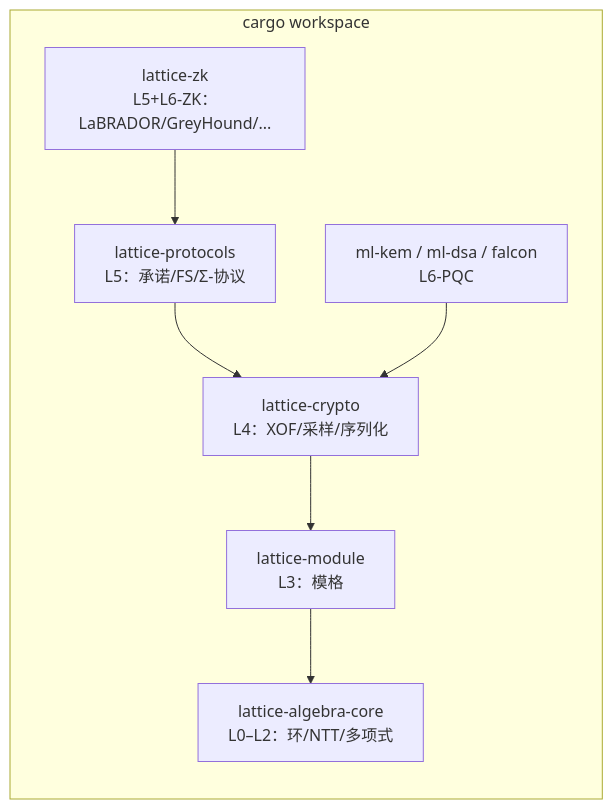
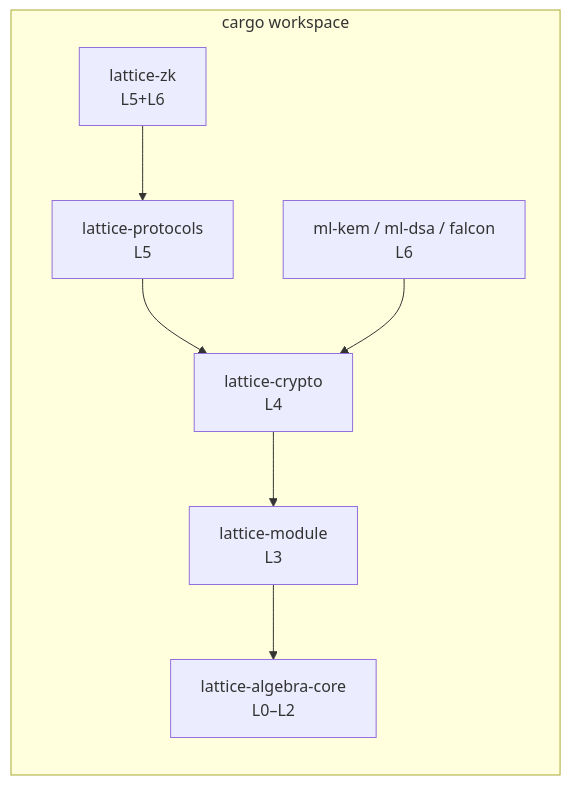
Before and after one commit to SuccinctPaul/lattice-algebra-rs: the fourth of 4 diagrams in docs/src/pages/design/architecture.mdx, drawn with Mermaid. The commit also changed other lines of this file and 54 other files, not shown here.

First line of the commit message:
feat: L0-L4 core refactor, ML-DSA, Z1-Z4 protocols, English docs

````diff
--- a/docs/src/pages/design/architecture.mdx
+++ b/docs/src/pages/design/architecture.mdx
@@ -127,16 +114,16 @@
 ```mermaid
 flowchart LR
     subgraph WS["cargo workspace"]
-        CORE["lattice-algebra-core<br/>L0–L2：环/NTT/多项式"]
-        MODC["lattice-module<br/>L3：模格"]
-        CRYPTO["lattice-crypto<br/>L4：XOF/采样/序列化"]
-        PROTO["lattice-protocols<br/>L5：承诺/FS/Σ-协议"]
-        PQC["ml-kem / ml-dsa / falcon<br/>L6-PQC"]
-        ZKC["lattice-zk<br/>L5+L6-ZK：LaBRADOR/GreyHound/..."]
+        CORE["lattice-algebra-core<br/>L0–L2"]
+        MODC["lattice-module<br/>L3"]
+        CRYPTO["lattice-crypto<br/>L4"]
+        PROTO["lattice-protocols<br/>L5"]
+        PQC["ml-kem / ml-dsa / falcon<br/>L6"]
+        ZKC["lattice-zk<br/>L5+L6"]
     end
     MODC --> CORE
     CRYPTO --> MODC
     PROTO --> CRYPTO
     PQC --> CRYPTO
     ZKC --> PROTO
 ```
````
